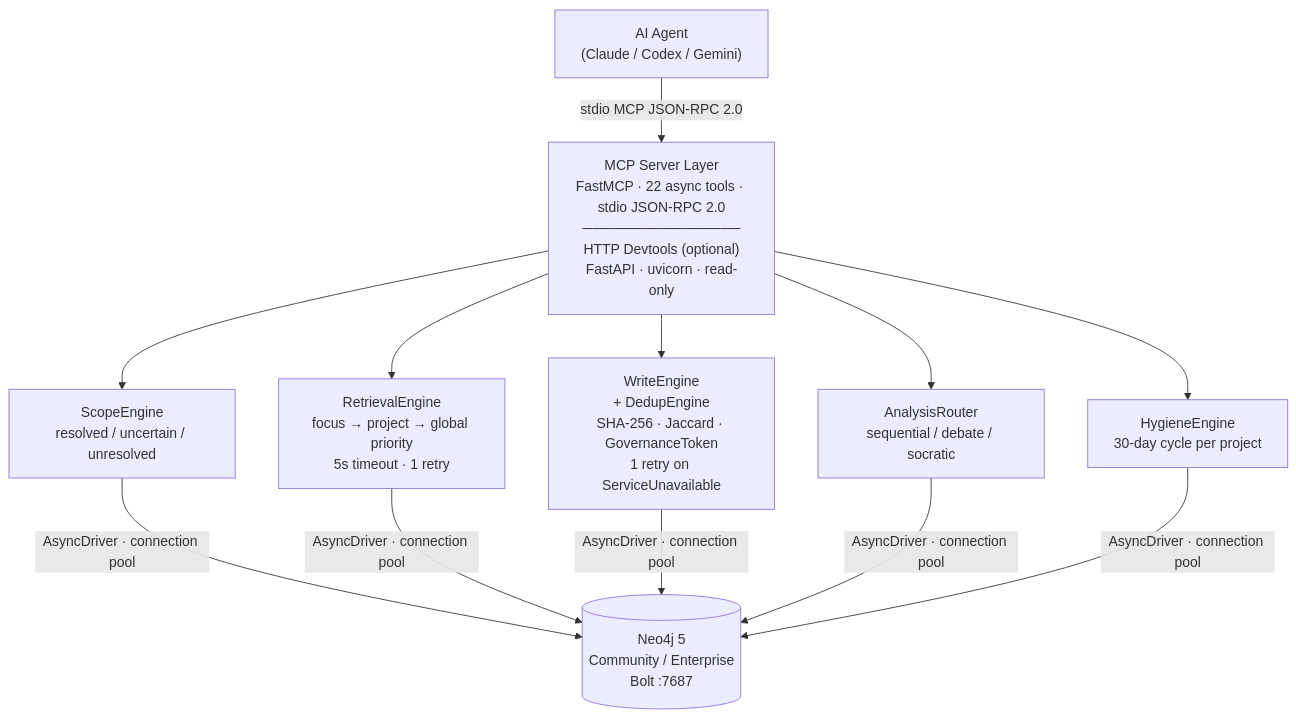
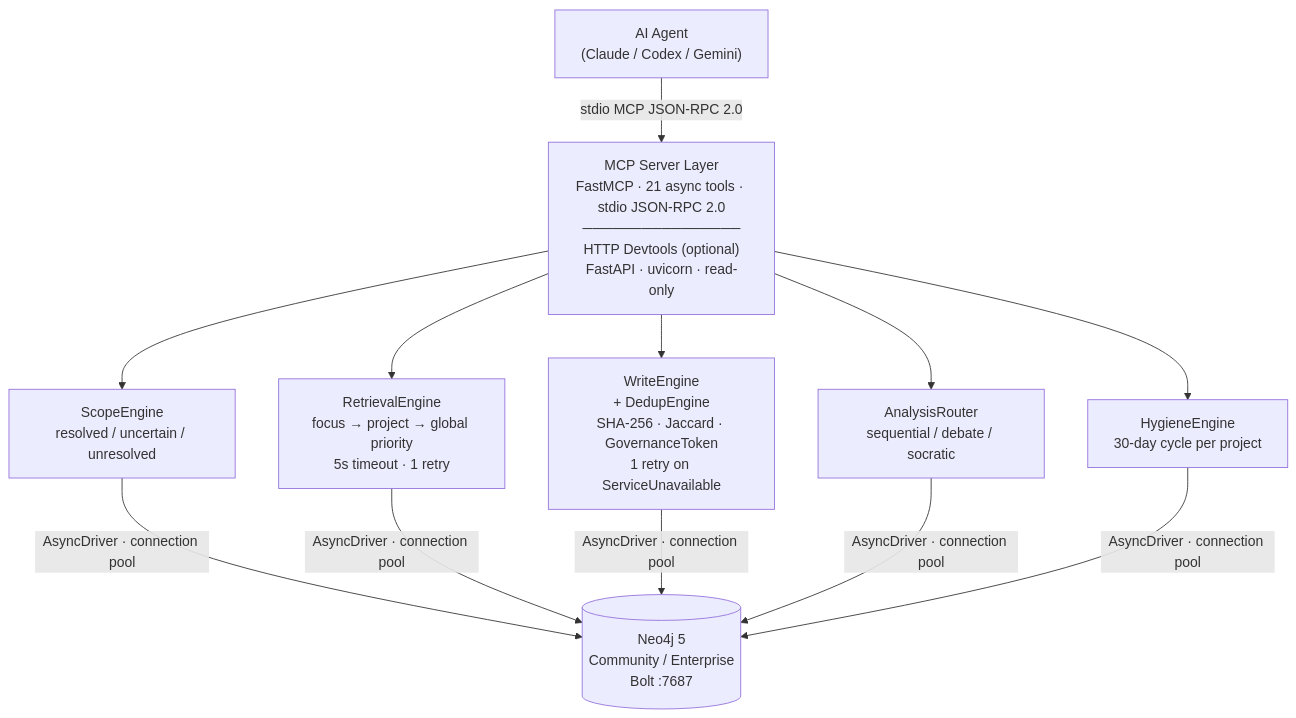
Before and after one commit to khoavu882/graphbase-memories-mcp: the diagram in docs/architecture/system.md, drawn with Mermaid. The commit also changed other lines of this file and 37 other files, not shown here.

````diff
--- a/docs/architecture/system.md
+++ b/docs/architecture/system.md
@@ -10,19 +10,19 @@
 ```mermaid
 graph TD
     A["AI Agent<br/>(Claude / Codex / Gemini)"]
-    B["MCP Server Layer<br/>FastMCP · 22 async tools · stdio JSON-RPC 2.0<br/>────────────────<br/>HTTP Devtools (optional)<br/>FastAPI · uvicorn · read-only"]
+    B["MCP Server Layer<br/>FastMCP · 21 async tools · stdio JSON-RPC 2.0<br/>────────────────<br/>HTTP Devtools (optional)<br/>FastAPI · uvicorn · read-only"]
     C["ScopeEngine<br/>resolved / uncertain / unresolved"]
     D["RetrievalEngine<br/>focus → project → global priority<br/>5s timeout · 1 retry"]
     E["WriteEngine<br/>+ DedupEngine<br/>SHA-256 · Jaccard · GovernanceToken<br/>1 retry on ServiceUnavailable"]
     F["AnalysisRouter<br/>sequential / debate / socratic"]
     G["HygieneEngine<br/>30-day cycle per project"]
     N[("Neo4j 5<br/>Community / Enterprise<br/>Bolt :7687")]
 
     A -->|"stdio MCP JSON-RPC 2.0"| B
     B --> C
     B --> D
     B --> E
     B --> F
     B --> G
     C & D & E & F & G -->|"AsyncDriver · connection pool"| N
 ```
````
